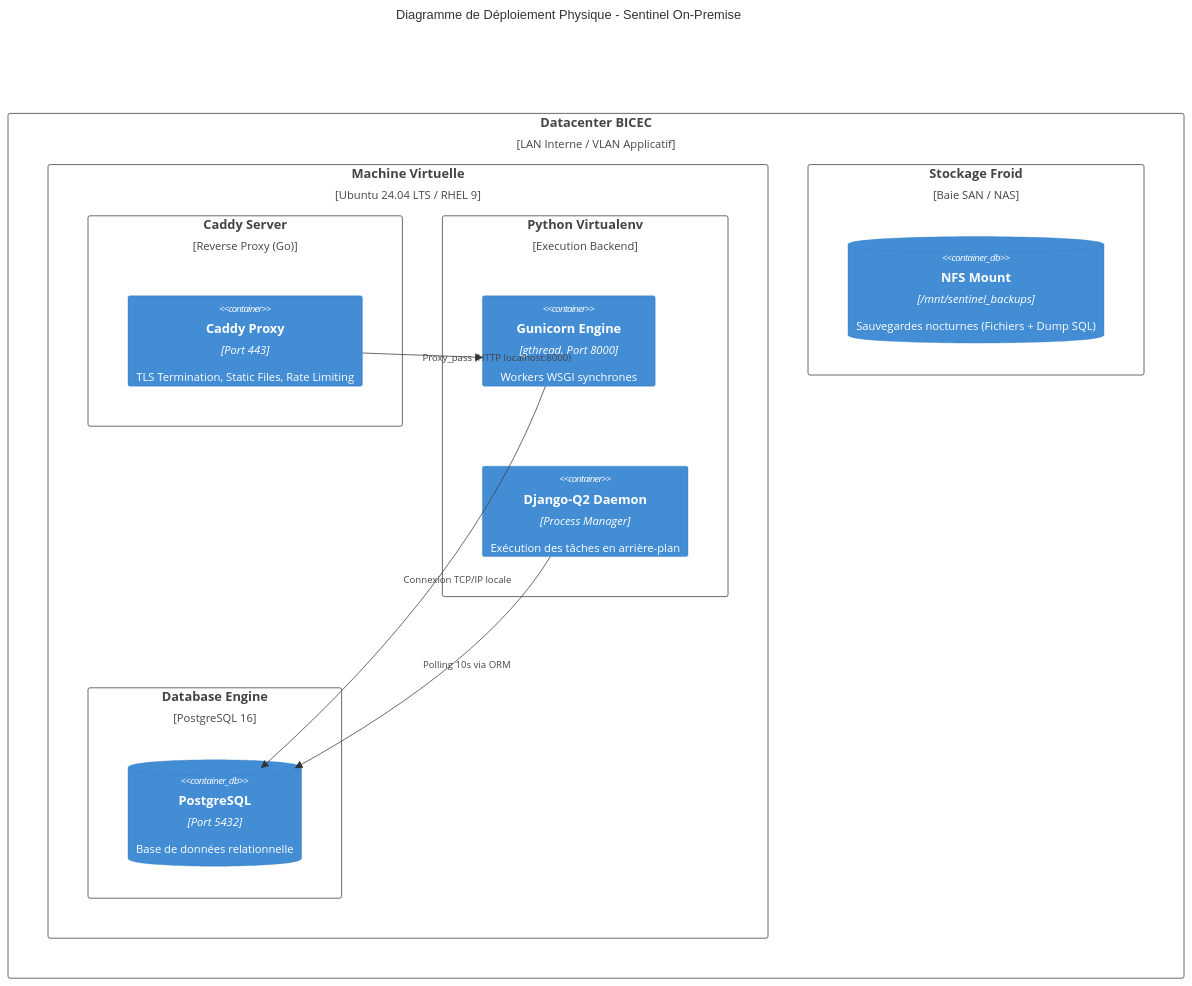
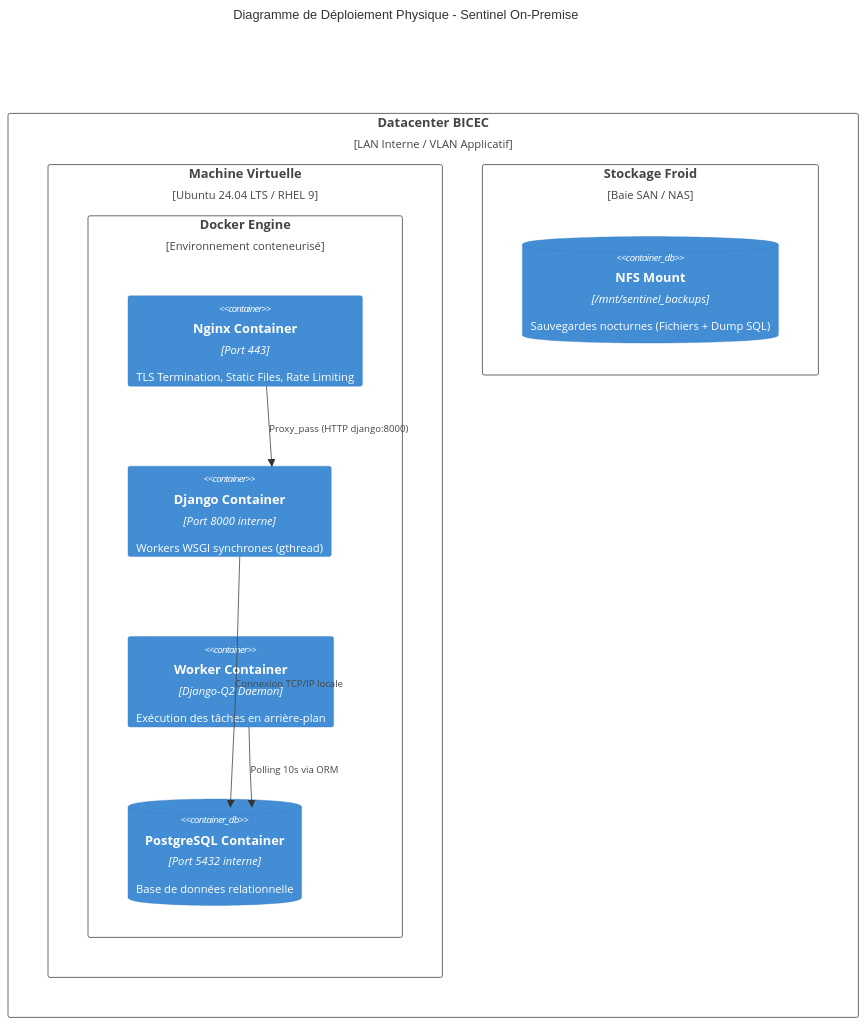
Before and after one commit to Tchendjou2003/bicec--Sentinel: diagram 24 of 24 in _bmad-output/planning-artifacts/architecture-v2.md, drawn with Mermaid. The commit also changed other lines of this file and 7 other files, not shown here.

Commit message:
feat: add planning artifacts including UX design specifications, architecture, and project documentation

````diff
--- a/_bmad-output/planning-artifacts/architecture-v2.md
+++ b/_bmad-output/planning-artifacts/architecture-v2.md
@@ -2181,31 +2247,25 @@
 ```mermaid
 C4Deployment
     title Diagramme de Déploiement Physique - Sentinel On-Premise
 
     Deployment_Node(bicec_dc, "Datacenter BICEC", "LAN Interne / VLAN Applicatif") {
         
         Deployment_Node(vm, "Machine Virtuelle", "Ubuntu 24.04 LTS / RHEL 9") {
             
-            Deployment_Node(caddy, "Caddy Server", "Reverse Proxy (Go)") {
-                Container(web, "Caddy Proxy", "Port 443", "TLS Termination, Static Files, Rate Limiting")
-            }
-            
-            Deployment_Node(py_env, "Python Virtualenv", "Execution Backend") {
-                Container(gunicorn, "Gunicorn Engine", "gthread, Port 8000", "Workers WSGI synchrones")
-                Container(worker, "Django-Q2 Daemon", "Process Manager", "Exécution des tâches en arrière-plan")
-            }
-            
-            Deployment_Node(db_node, "Database Engine", "PostgreSQL 16") {
-                ContainerDb(postgres, "PostgreSQL", "Port 5432", "Base de données relationnelle")
+            Deployment_Node(docker, "Docker Engine", "Environnement conteneurisé") {
+                Container(nginx, "Nginx Container", "Port 443", "TLS Termination, Static Files, Rate Limiting")
+                Container(gunicorn, "Django Container", "Port 8000 interne", "Workers WSGI synchrones (gthread)")
+                Container(worker, "Worker Container", "Django-Q2 Daemon", "Exécution des tâches en arrière-plan")
+                ContainerDb(postgres, "PostgreSQL Container", "Port 5432 interne", "Base de données relationnelle")
             }
         }
         
         Deployment_Node(storage_node, "Stockage Froid", "Baie SAN / NAS") {
             ContainerDb(nfs, "NFS Mount", "/mnt/sentinel_backups", "Sauvegardes nocturnes (Fichiers + Dump SQL)")
         }
     }
 
-    Rel(web, gunicorn, "Proxy_pass (HTTP localhost:8000)")
+    Rel(nginx, gunicorn, "Proxy_pass (HTTP django:8000)")
     Rel(gunicorn, postgres, "Connexion TCP/IP locale")
     Rel(worker, postgres, "Polling 10s via ORM")
 ```
````
